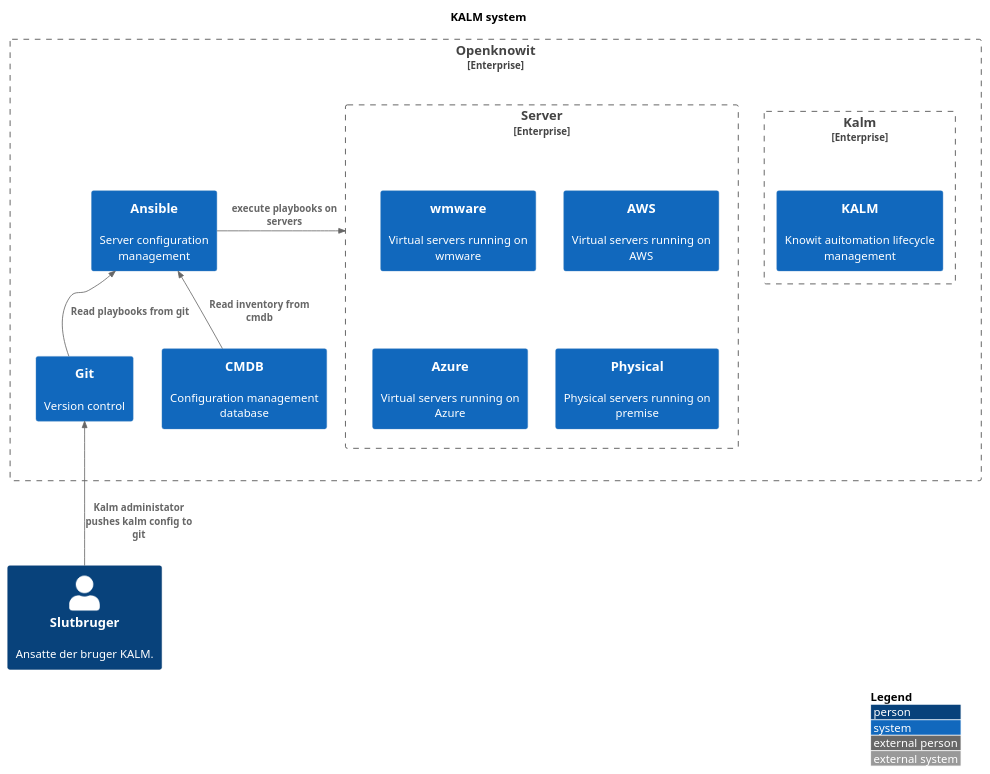
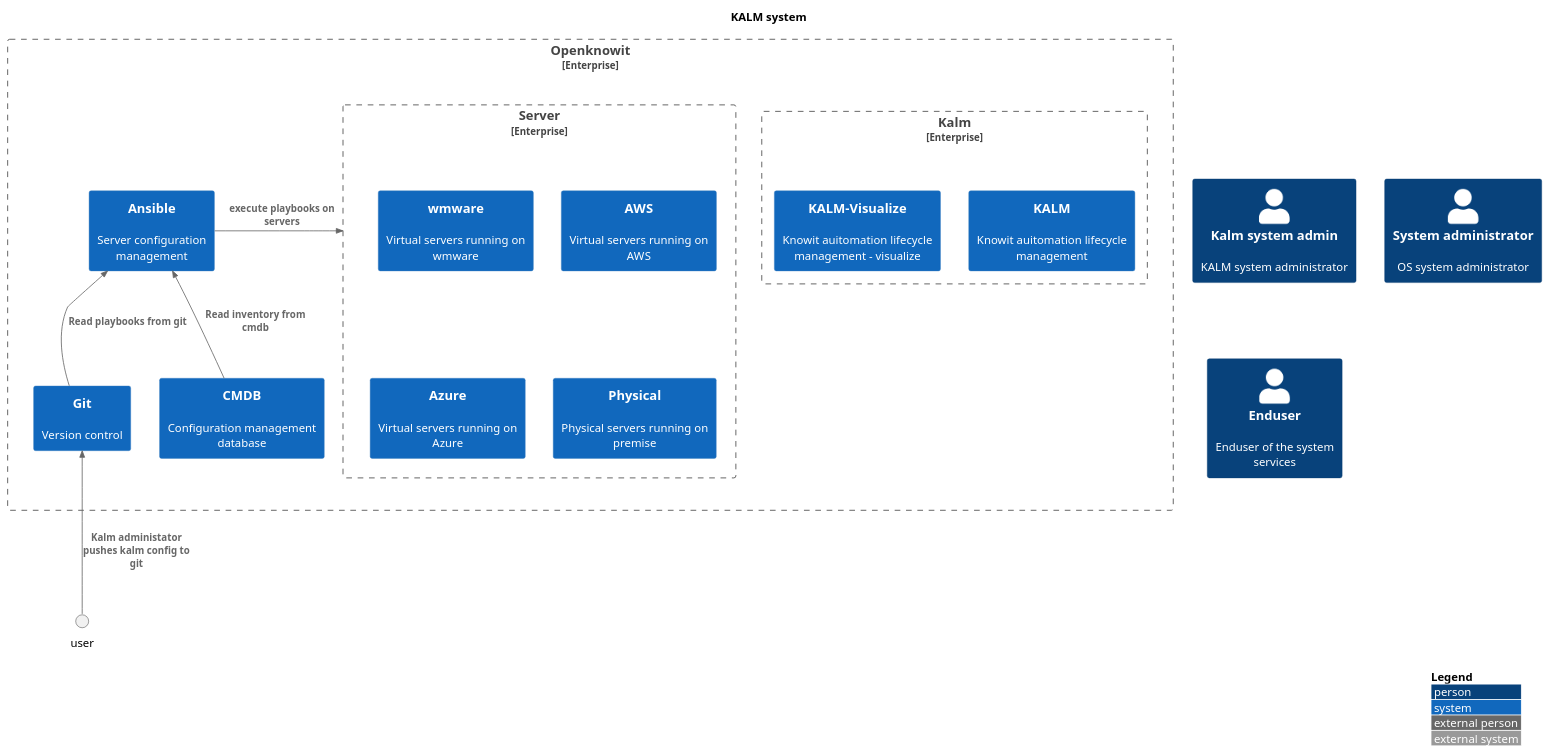
One commit to JakobHolstDK/infowall changed the diagram in diagrams/kalm.puml. Above: the diagram before and after it, drawn with PlantUML.

Commit message:
no write

```diff
--- a/diagrams/kalm.puml
+++ b/diagrams/kalm.puml
@@ -2,39 +2,42 @@
 @startuml
 !include https://raw.githubusercontent.com/plantuml-stdlib/C4-PlantUML/master/C4_Context.puml
 
 ' uncomment the following line and comment the first to use locally
 ' !include C4_Context.puml
 
 LAYOUT_TOP_DOWN()
 'LAYOUT_AS_SKETCH()
 LAYOUT_WITH_LEGEND()
 
 
 title   KALM system
 
-Person(user, "Slutbruger", "Ansatte der bruger KALM.")
+Person(kalmadmin, "Kalm system admin", "KALM system administrator")
+Person(systemadmin, "System administrator", "OS system administrator")
+Person(enduser, "Enduser", "Enduser of the system services")
 Enterprise_Boundary(c0, "Openknowit", "Openknowit organisation") {
 System(ansible, "Ansible", "Server configuration management")
 System(git, "Git", "Version control")
 System(cmdb, "CMDB", "Configuration management database")
 
 Enterprise_Boundary(c1, "Kalm", "automation og monitorering") {
     System(kalm, "KALM", "Knowit auitomation lifecycle management")
+    System(kalmvisualize, "KALM-Visualize", "Knowit auitomation lifecycle management - visualize")
 }
 Enterprise_Boundary(c2, "Server ", "Virtuelle servere") {
     System(vmware, "wmware", "Virtual servers running on wmware")
     System(aws, "AWS", "Virtual servers running on AWS")
     System(azure, "Azure", "Virtual servers running on Azure")
     System(physicalservers, "Physical", "Physical servers running on premise")
 }
 }
 
 
 Rel_U(git, ansible, "Read playbooks from git")
 Rel_U(cmdb, ansible, "Read inventory from cmdb")
 Rel_Neighbor(ansible, c2 , "execute playbooks on servers")
 Rel_Neighbor(c0, c2, "Server")
 Rel_U(user, git, "Kalm administator pushes kalm config to git")
 
 
 @enduml
```
